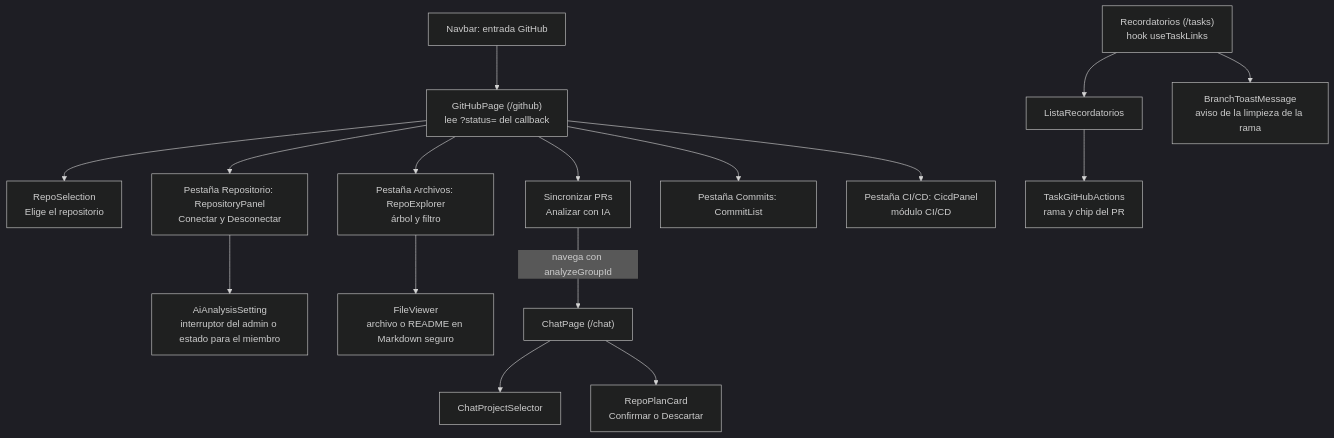
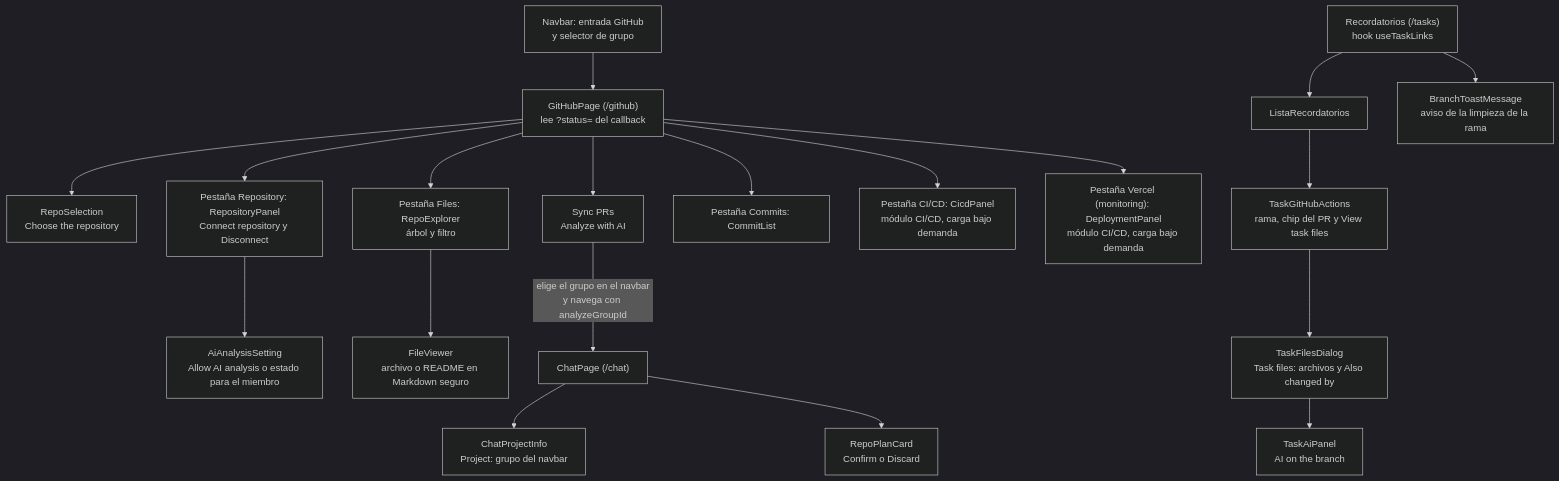
The diagram in documentacion/05-interfaz/07-github.md (PabloP150/proyecto-is-cc6), drawn with Mermaid (dark theme) before and after one commit. The commit also changed other lines of this file and 204 other files, not shown here.

First line of the commit message:
docs: update all documentation, diagrams and PNGs to the test/e2e state

````diff
--- a/documentacion/05-interfaz/07-github.md
+++ b/documentacion/05-interfaz/07-github.md
@@ -55,18 +67,21 @@
 ```mermaid
 flowchart TD
-    NAV["Navbar: entrada GitHub"] --> GP["GitHubPage (/github)<br/>lee ?status= del callback"]
-    GP --> SEL["RepoSelection<br/>Elige el repositorio"]
-    GP --> BTN["Sincronizar PRs<br/>Analizar con IA"]
-    GP --> T1["Pestaña Repositorio: RepositoryPanel<br/>Conectar y Desconectar"]
-    T1 --> AI["AiAnalysisSetting<br/>interruptor del admin o estado para el miembro"]
-    GP --> T2["Pestaña Archivos: RepoExplorer<br/>árbol y filtro"]
+    NAV["Navbar: entrada GitHub<br/>y selector de grupo"] --> GP["GitHubPage (/github)<br/>lee ?status= del callback"]
+    GP --> SEL["RepoSelection<br/>Choose the repository"]
+    GP --> BTN["Sync PRs<br/>Analyze with AI"]
+    GP --> T1["Pestaña Repository: RepositoryPanel<br/>Connect repository y Disconnect"]
+    T1 --> AI["AiAnalysisSetting<br/>Allow AI analysis o estado para el miembro"]
+    GP --> T2["Pestaña Files: RepoExplorer<br/>árbol y filtro"]
     T2 --> FV["FileViewer<br/>archivo o README en Markdown seguro"]
     GP --> T3["Pestaña Commits: CommitList"]
-    GP --> T4["Pestaña CI/CD: CicdPanel<br/>módulo CI/CD"]
-    BTN -->|"navega con analyzeGroupId"| CHAT["ChatPage (/chat)"]
-    CHAT --> CPS["ChatProjectSelector"]
-    CHAT --> RPC["RepoPlanCard<br/>Confirmar o Descartar"]
+    GP --> T4["Pestaña CI/CD: CicdPanel<br/>módulo CI/CD, carga bajo demanda"]
+    GP --> T5["Pestaña Vercel (monitoring): DeploymentPanel<br/>módulo CI/CD, carga bajo demanda"]
+    BTN -->|"elige el grupo en el navbar<br/>y navega con analyzeGroupId"| CHAT["ChatPage (/chat)"]
+    CHAT --> CPI["ChatProjectInfo<br/>Project: grupo del navbar"]
+    CHAT --> RPC["RepoPlanCard<br/>Confirm o Discard"]
     TASKS["Recordatorios (/tasks)<br/>hook useTaskLinks"] --> LR["ListaRecordatorios"]
-    LR --> TGA["TaskGitHubActions<br/>rama y chip del PR"]
+    LR --> TGA["TaskGitHubActions<br/>rama, chip del PR y View task files"]
+    TGA --> TFD["TaskFilesDialog<br/>Task files: archivos y Also changed by"]
+    TFD --> TAP["TaskAiPanel<br/>AI on the branch"]
     TASKS --> BTM["BranchToastMessage<br/>aviso de la limpieza de la rama"]
 ```
````
